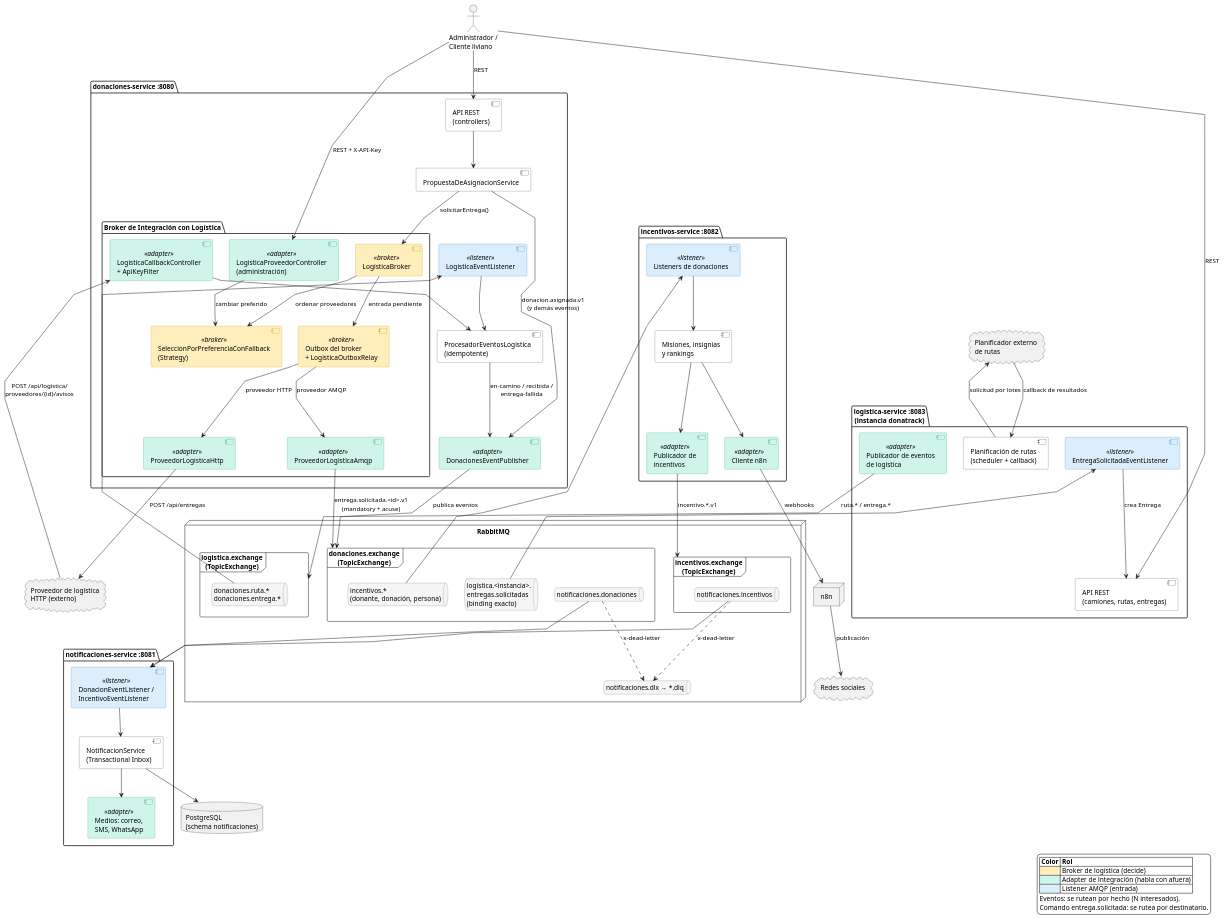
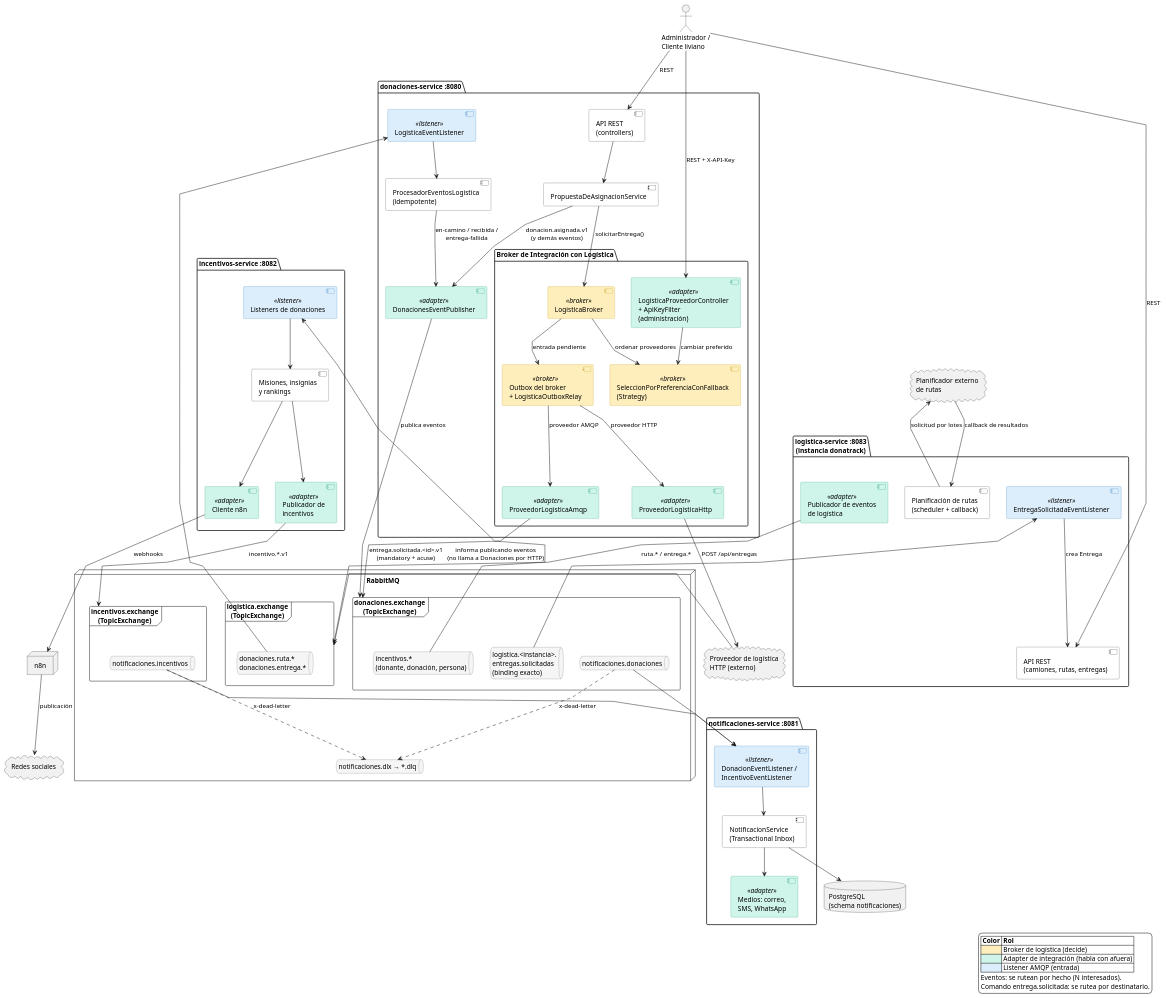
Before and after one commit to tsorren/DonaTrack-TP-DDS: the diagram in docs/arquitectura/diseno/diagrama-de-componentes.puml, drawn with PlantUML. The commit also changed 12 other files, not shown here.

First line of the commit message:
docs(broker): documentar que los proveedores informan solo por mensajería (D50)

```diff
--- a/docs/arquitectura/diseno/diagrama-de-componentes.puml
+++ b/docs/arquitectura/diseno/diagrama-de-componentes.puml
@@ -1,150 +1,148 @@
 @startuml diagrama-de-componentes
 ' ============================================================
 ' Diagrama de componentes de DonaTrack (Entrega 4)
 ' Incluye los componentes de integración: mensajería RabbitMQ (pub/sub de eventos y comando
-' dirigido del broker), Broker de Integración con Logística, callback HTTP de proveedores,
+' dirigido del broker), Broker de Integración con Logística, vuelta de proveedores por mensajería,
 ' webhooks a n8n y el planificador externo de rutas.
 ' ADRs: 20260911-topologia-pubsub-amqp-y-desacoplamiento-notificaciones,
 '       20261007-broker-de-integracion-con-logistica
 ' ============================================================
 ' Misma paleta que common/donatrack-style.puml (no se incluye: ese estilo es para diagramas de clases).
 skinparam backgroundColor #FFFFFF
 skinparam shadowing false
 skinparam componentStyle uml2
 skinparam component {
   BackgroundColor #FFFFFF
   BorderColor #444444
   BackgroundColor<<broker>> #FDEEBB
   BorderColor<<broker>> #C99A1E
   BackgroundColor<<adapter>> #CFF5EA
   BorderColor<<adapter>> #2E9E7C
   BackgroundColor<<listener>> #DCEEFB
   BorderColor<<listener>> #3B82C4
 }
 skinparam queue {
   BackgroundColor #F5F5F5
   BorderColor #777777
 }
 skinparam linetype polyline
 
 actor "Administrador /\nCliente liviano" as usuario
 
 cloud "Planificador externo\nde rutas" as planificador
 cloud "Proveedor de logística\nHTTP (externo)" as proveedorHttp
 cloud "Redes sociales" as redes
 
 node "RabbitMQ" as rabbit {
   frame "donaciones.exchange\n(TopicExchange)" as exDon {
     queue "notificaciones.donaciones" as qNotifDon
     queue "incentivos.*\n(donante, donación, persona)" as qIncDon
     queue "logistica.<instancia>.\nentregas.solicitadas\n(binding exacto)" as qLogEntregas
   }
   frame "incentivos.exchange\n(TopicExchange)" as exInc {
     queue "notificaciones.incentivos" as qNotifInc
   }
   frame "logistica.exchange\n(TopicExchange)" as exLog {
     queue "donaciones.ruta.*\ndonaciones.entrega.*" as qDonLog
   }
   queue "notificaciones.dlx → *.dlq" as dlq
 }
 
 package "donaciones-service :8080" as donaciones {
   component "API REST\n(controllers)" as donApi
   component "PropuestaDeAsignacionService" as propuestas
   component "DonacionesEventPublisher" as donPublisher <<adapter>>
 
   package "Broker de Integración con Logística" as brokerPkg {
     component "LogisticaBroker" as broker <<broker>>
     component "SeleccionPorPreferenciaConFallback\n(Strategy)" as estrategia <<broker>>
     component "Outbox del broker\n+ LogisticaOutboxRelay" as relay <<broker>>
     component "ProveedorLogisticaAmqp" as adapterAmqp <<adapter>>
     component "ProveedorLogisticaHttp" as adapterHttp <<adapter>>
-    component "LogisticaCallbackController\n+ ApiKeyFilter" as callback <<adapter>>
-    component "LogisticaProveedorController\n(administración)" as adminBroker <<adapter>>
+    component "LogisticaProveedorController\n+ ApiKeyFilter\n(administración)" as adminBroker <<adapter>>
   }
 
   component "LogisticaEventListener" as donListener <<listener>>
   component "ProcesadorEventosLogistica\n(idempotente)" as procesador
 }
 
 package "logistica-service :8083\n(instancia donatrack)" as logistica {
   component "EntregaSolicitadaEventListener" as logListener <<listener>>
   component "API REST\n(camiones, rutas, entregas)" as logApi
   component "Planificación de rutas\n(scheduler + callback)" as logPlan
   component "Publicador de eventos\nde logística" as logPublisher <<adapter>>
 }
 
 package "notificaciones-service :8081" as notificaciones {
   component "DonacionEventListener /\nIncentivoEventListener" as notifListener <<listener>>
   component "NotificacionService\n(Transactional Inbox)" as notifService
   component "Medios: correo,\nSMS, WhatsApp" as medios <<adapter>>
 }
 database "PostgreSQL\n(schema notificaciones)" as postgres
 
 package "incentivos-service :8082" as incentivos {
   component "Listeners de donaciones" as incListener <<listener>>
   component "Misiones, insignias\ny rankings" as incDominio
   component "Publicador de\nincentivos" as incPublisher <<adapter>>
   component "Cliente n8n" as incN8n <<adapter>>
 }
 node "n8n" as n8n
 
 ' --- Entrada de usuarios ---
 usuario --> donApi : REST
 usuario --> logApi : REST
 usuario --> adminBroker : REST + X-API-Key
 
 ' --- Donaciones: eventos de dominio (pub/sub) ---
 donApi --> propuestas
 propuestas --> donPublisher : donacion.asignada.v1\n(y demás eventos)
 donPublisher --> exDon : publica eventos
 qNotifDon --> notifListener
 qIncDon --> incListener
 
 ' --- Broker de Integración con Logística ---
 propuestas --> broker : solicitarEntrega()
 broker --> estrategia : ordenar proveedores
 broker --> relay : entrada pendiente
 relay --> adapterAmqp : proveedor AMQP
 relay --> adapterHttp : proveedor HTTP
 adminBroker --> estrategia : cambiar preferido
 adapterAmqp --> exDon : entrega.solicitada.<id>.v1\n(mandatory + acuse)
 qLogEntregas --> logListener
 adapterHttp --> proveedorHttp : POST /api/entregas
-proveedorHttp --> callback : POST /api/logistica/\nproveedores/{id}/avisos
-callback --> procesador
+proveedorHttp --> exLog : informa publicando eventos\n(no llama a Donaciones por HTTP)
 
 ' --- Logística: planificación y vuelta ---
 logListener --> logApi : crea Entrega
 logPlan --> planificador : solicitud por lotes
 planificador --> logPlan : callback de resultados
 logPublisher --> exLog : ruta.* / entrega.*
 qDonLog --> donListener
 donListener --> procesador
 procesador --> donPublisher : en-camino / recibida /\nentrega-fallida
 
 ' --- Incentivos ---
 incListener --> incDominio
 incDominio --> incPublisher
 incPublisher --> exInc : incentivo.*.v1
 qNotifInc --> notifListener
 incDominio --> incN8n
 incN8n --> n8n : webhooks
 n8n --> redes : publicación
 
 ' --- Notificaciones ---
 notifListener --> notifService
 notifService --> postgres
 notifService --> medios
 qNotifDon ..> dlq : x-dead-letter
 qNotifInc ..> dlq : x-dead-letter
 
 legend right
   |= Color |= Rol |
   |<#FDEEBB>| Broker de logística (decide) |
   |<#CFF5EA>| Adapter de integración (habla con afuera) |
   |<#DCEEFB>| Listener AMQP (entrada) |
   Eventos: se rutean por hecho (N interesados).
   Comando entrega.solicitada: se rutea por destinatario.
 endlegend
 @enduml
```
